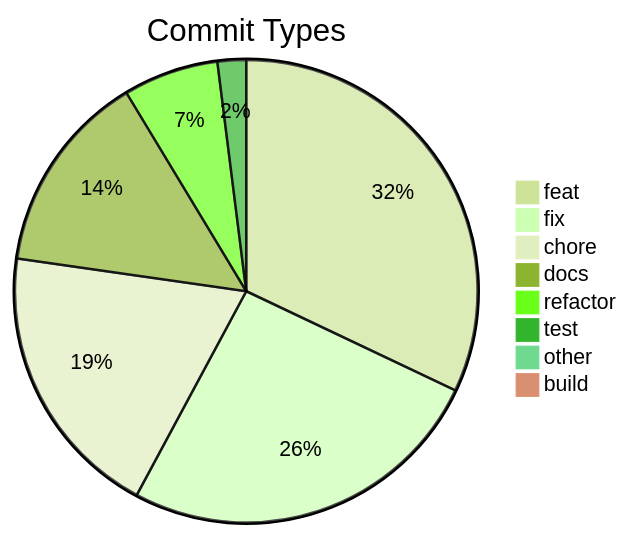
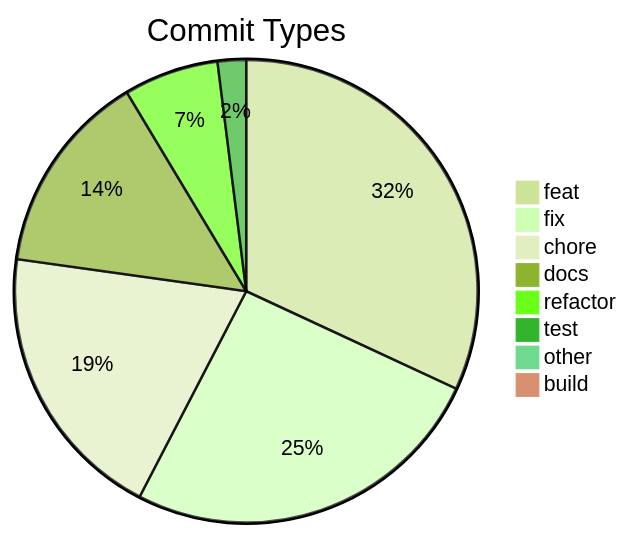
One commit to svenroth-ai/shipwright changed the diagram in .shipwright/compliance/change-history.md. Above: the diagram before and after it, drawn with Mermaid (forest theme). The commit also changed other lines of this file and 12 other files, not shown here.

````diff
--- a/.shipwright/compliance/change-history.md
+++ b/.shipwright/compliance/change-history.md
@@ -8,11 +8,11 @@
 ```mermaid
 pie title Commit Types
     "feat" : 241
     "fix" : 194
-    "chore" : 146
-    "docs" : 106
+    "chore" : 148
+    "docs" : 107
     "refactor" : 50
     "test" : 15
     "other" : 7
     "build" : 1
 ```
````
